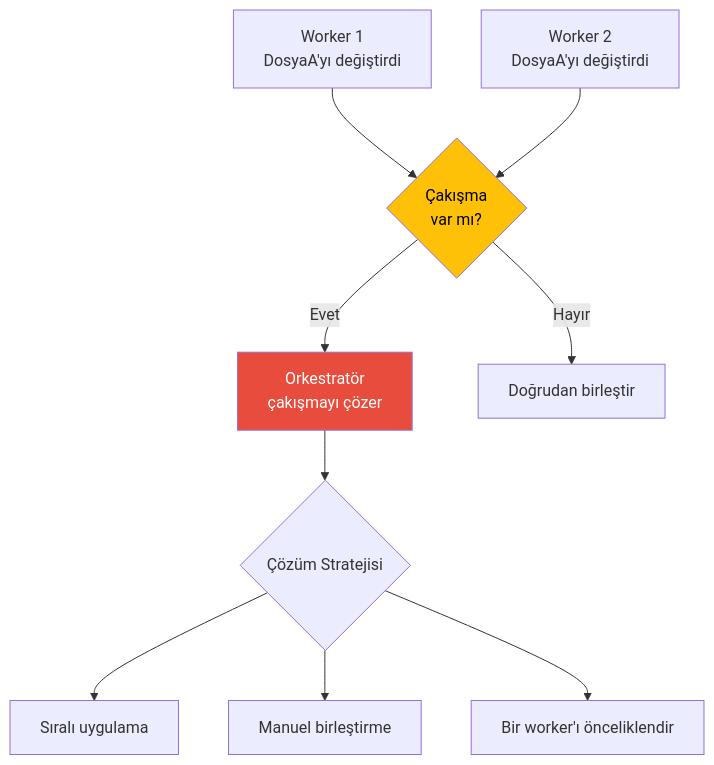
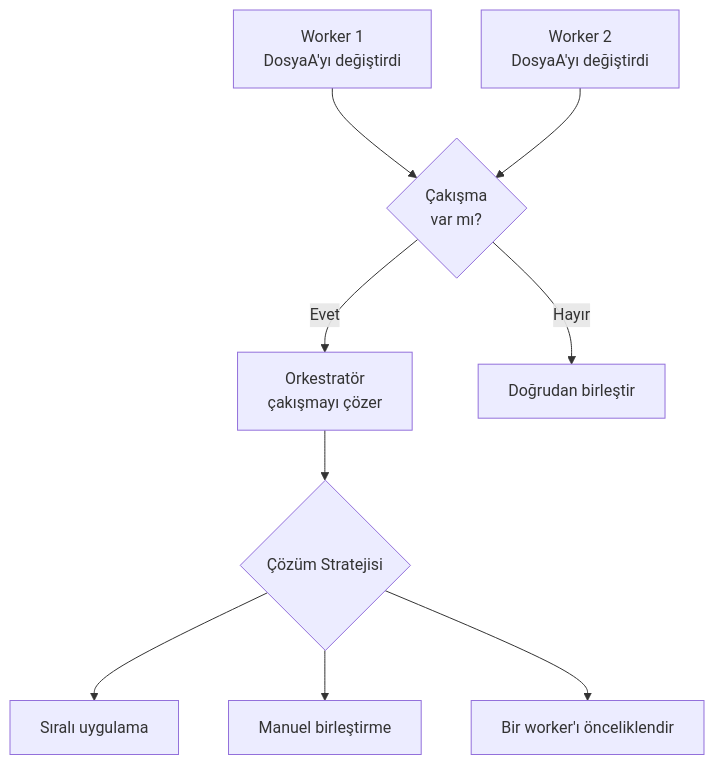
The tenth of 12 diagrams in 13-subagentlar-ve-agent-takimlari/04-agent-takimlari.md (IzzetYasinAtes/ClaudeCodeHandbook), drawn with Mermaid before and after one commit. The commit also changed other lines of this file and 97 other files, not shown here.

Commit message:
Remove all custom Mermaid style/fill colors from 98 markdown files for consistent dark theme rendering

````diff
--- a/13-subagentlar-ve-agent-takimlari/04-agent-takimlari.md
+++ b/13-subagentlar-ve-agent-takimlari/04-agent-takimlari.md
@@ -292,16 +276,14 @@
 ```mermaid
 flowchart TD
     W1["Worker 1<br/>DosyaA'yı değiştirdi"] --> CHECK{"Çakışma<br/>var mı?"}
     W2["Worker 2<br/>DosyaA'yı değiştirdi"] --> CHECK
 
     CHECK --> |"Evet"| RESOLVE["Orkestratör<br/>çakışmayı çözer"]
     CHECK --> |"Hayır"| MERGE["Doğrudan birleştir"]
 
     RESOLVE --> STRATEGIES{"Çözüm Stratejisi"}
     STRATEGIES --> S1["Sıralı uygulama"]
     STRATEGIES --> S2["Manuel birleştirme"]
     STRATEGIES --> S3["Bir worker'ı önceliklendir"]
 
-    style CHECK fill:#ffc107,color:#000
-    style RESOLVE fill:#E74C3C,color:#fff
 ```
````
